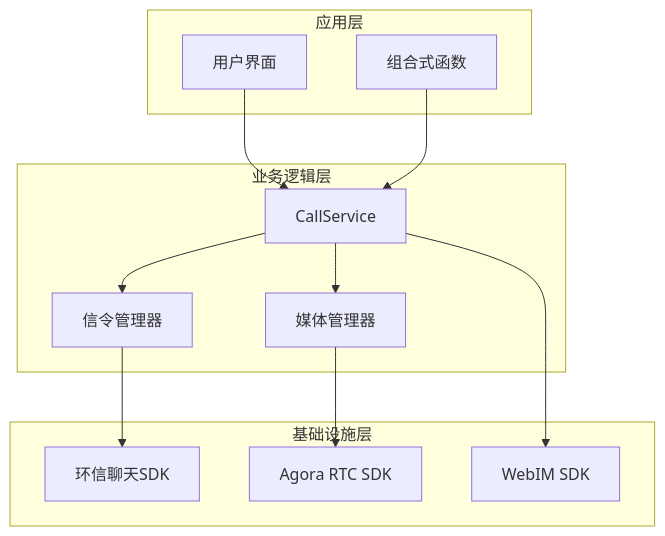
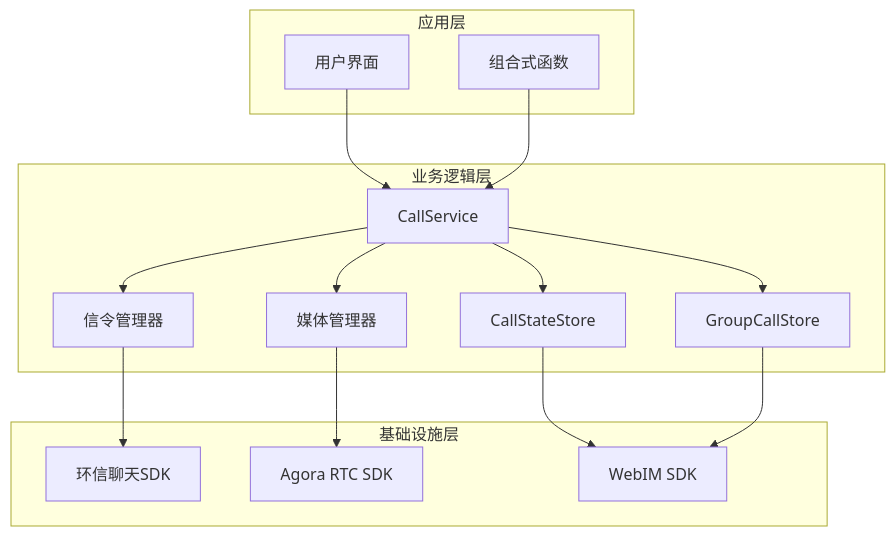
The third of 8 diagrams in .qoder/repowiki/zh/content/API 参考/服务层 API/CallService 通话服务.md (Easemob-Community/easemob-uikit-callkit-vue3), drawn with Mermaid before and after one commit. The commit also changed other lines of this file and 54 other files, not shown here.

````diff
--- a/.qoder/repowiki/zh/content/API 参考/服务层 API/CallService 通话服务.md
+++ b/.qoder/repowiki/zh/content/API 参考/服务层 API/CallService 通话服务.md
@@ -105,24 +117,29 @@
 ```mermaid
 graph TB
 subgraph "应用层"
 UI[用户界面]
 Composables[组合式函数]
 end
 subgraph "业务逻辑层"
 CallService[CallService]
 SignalManager[信令管理器]
 MediaManager[媒体管理器]
+GroupCallStore[GroupCallStore]
+CallStateStore[CallStateStore]
 end
 subgraph "基础设施层"
 ChatSDK[环信聊天SDK]
 AgoraRTC[Agora RTC SDK]
 WebIM[WebIM SDK]
 end
 UI --> CallService
 Composables --> CallService
 CallService --> SignalManager
 CallService --> MediaManager
+CallService --> GroupCallStore
+CallService --> CallStateStore
 SignalManager --> ChatSDK
 MediaManager --> AgoraRTC
-CallService --> WebIM
+CallStateStore --> WebIM
+GroupCallStore --> WebIM
 ```
````
